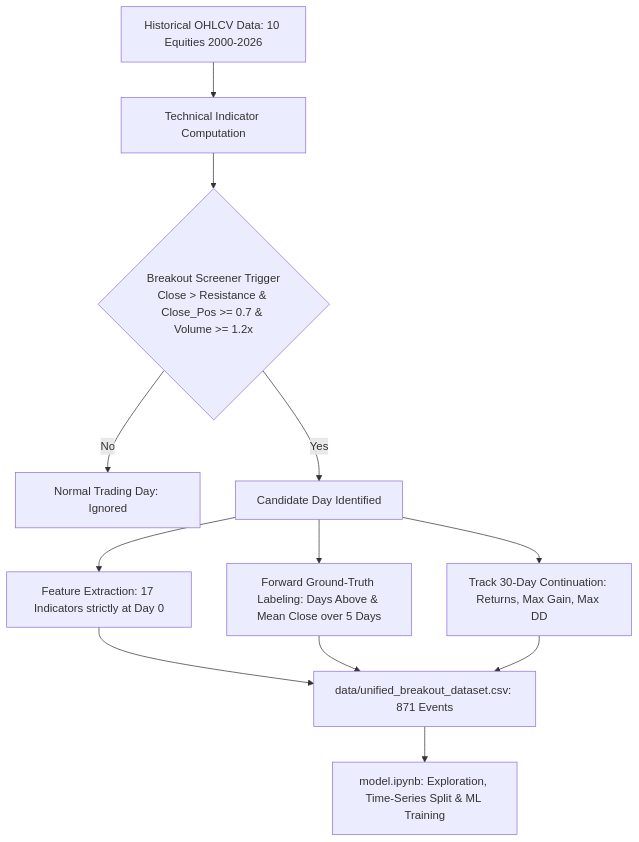
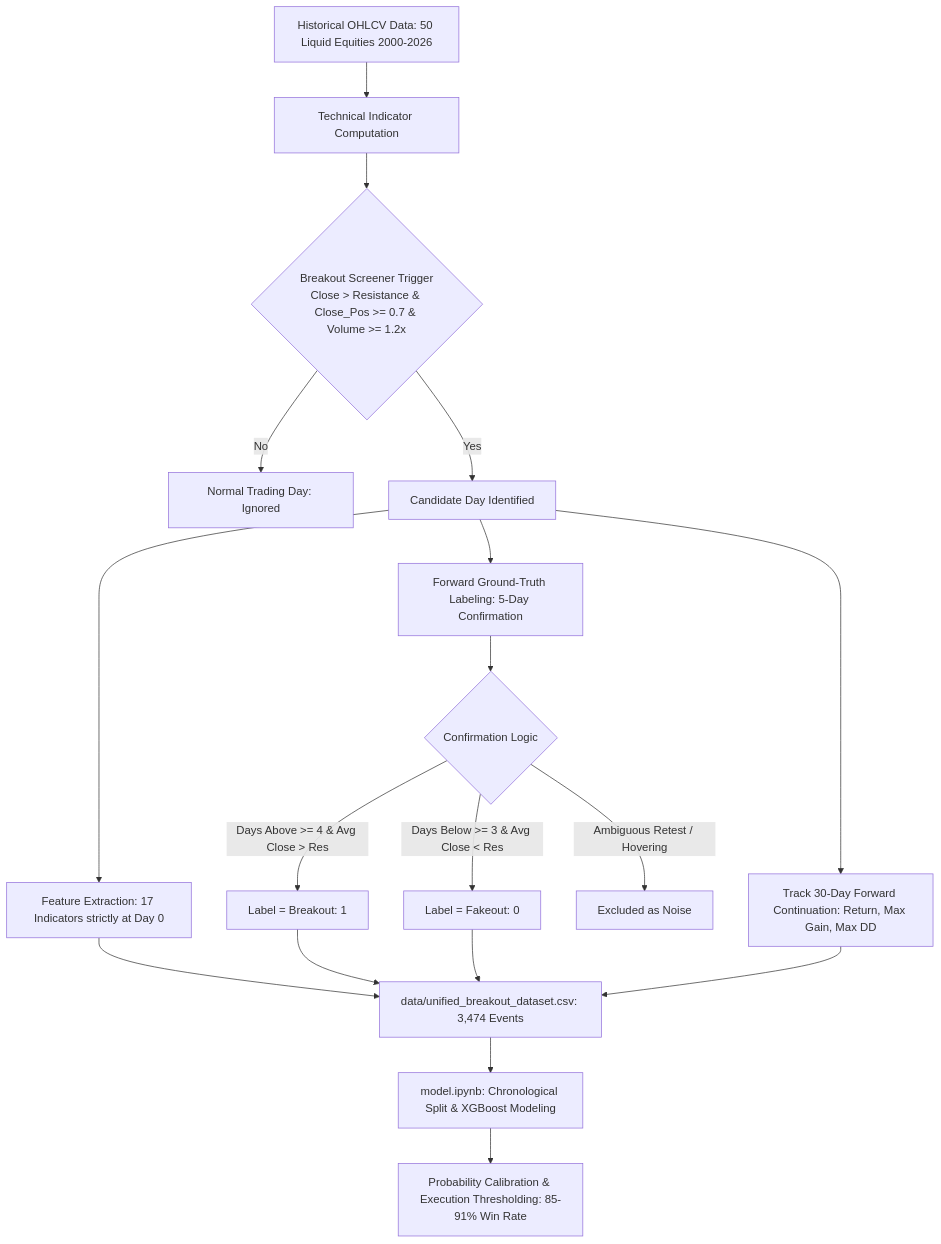
Before and after one commit to salahAbdeldaim/stock-breakout-detection: the diagram in README.md, drawn with Mermaid. The commit also changed other lines of this file and 43 other files, not shown here.

Commit message:
Scale universe to 50 US equities, binary breakout labeling, and XGBoost modeling with probability thresholding

````diff
--- a/README.md
+++ b/README.md
@@ -21,12 +24,17 @@
 ```mermaid
 flowchart TD
-    A[Historical OHLCV Data: 10 Equities 2000-2026] --> B[Technical Indicator Computation]
+    A[Historical OHLCV Data: 50 Liquid Equities 2000-2026] --> B[Technical Indicator Computation]
     B --> C{Breakout Screener Trigger<br>Close > Resistance & Close_Pos >= 0.7 & Volume >= 1.2x}
     C -- No --> D[Normal Trading Day: Ignored]
     C -- Yes --> E[Candidate Day Identified]
     E --> F[Feature Extraction: 17 Indicators strictly at Day 0]
-    E --> G[Forward Ground-Truth Labeling: Days Above & Mean Close over 5 Days]
-    E --> H[Track 30-Day Continuation: Returns, Max Gain, Max DD]
-    F & G & H --> I[data/unified_breakout_dataset.csv: 871 Events]
-    I --> J[model.ipynb: Exploration, Time-Series Split & ML Training]
+    E --> G[Forward Ground-Truth Labeling: 5-Day Confirmation]
+    G --> H{Confirmation Logic}
+    H -- "Days Above >= 4 & Avg Close > Res" --> I1[Label = Breakout: 1]
+    H -- "Days Below >= 3 & Avg Close < Res" --> I2[Label = Fakeout: 0]
+    H -- Ambiguous Retest / Hovering --> I3[Excluded as Noise]
+    E --> J[Track 30-Day Forward Continuation: Return, Max Gain, Max DD]
+    F & I1 & I2 & J --> K[data/unified_breakout_dataset.csv: 3,474 Events]
+    K --> L[model.ipynb: Chronological Split & XGBoost Modeling]
+    L --> M[Probability Calibration & Execution Thresholding: 85-91% Win Rate]
 ```
````
